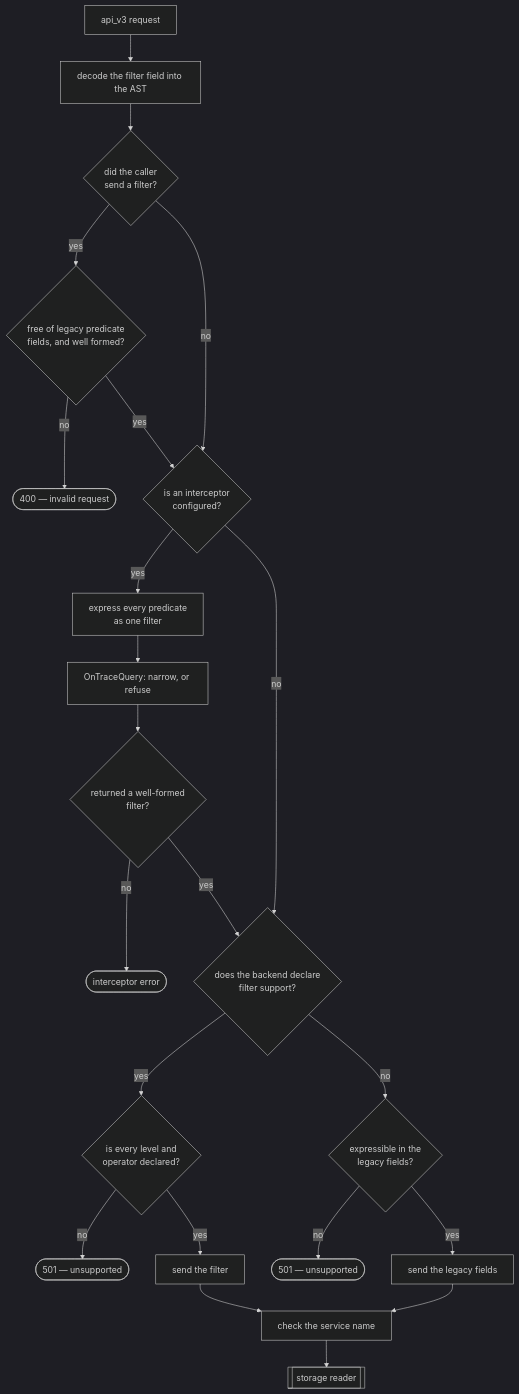
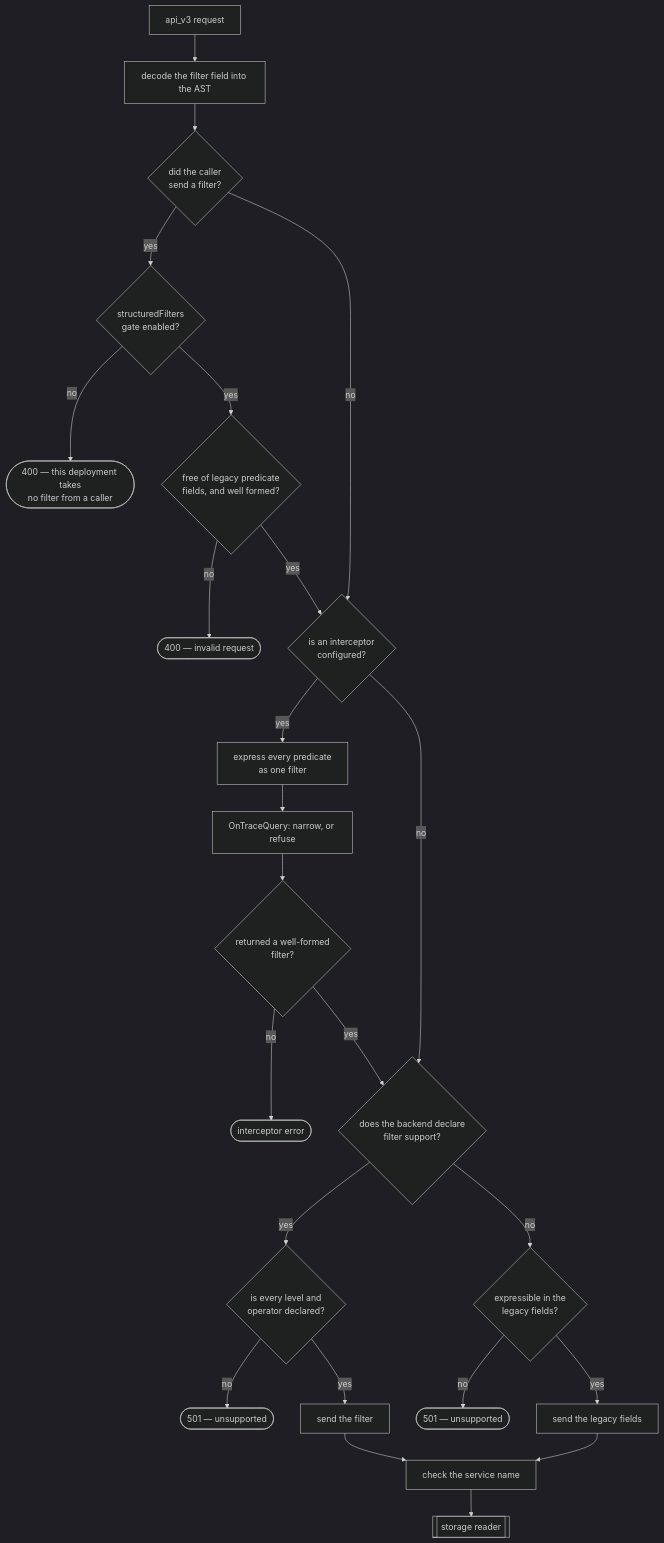
The diagram in docs/rfc/0005-structured-query-filters.md (jaegertracing/jaeger), drawn with Mermaid (dark theme) before and after one commit. The commit also changed other lines of this file and 1 other file, not shown here.

````diff
--- a/docs/rfc/0005-structured-query-filters.md
+++ b/docs/rfc/0005-structured-query-filters.md
@@ -558,31 +560,33 @@
 ```mermaid
 flowchart TB
     req["api_v3 request"] --> decode["decode the filter field into the AST"]
     decode --> hasFilter{"did the caller<br/>send a filter?"}
 
-    hasFilter -->|yes| checks{"free of legacy predicate<br/>fields, and well formed?"}
+    hasFilter -->|yes| gate{"structuredFilters<br/>gate enabled?"}
+    gate -->|no| refuseGate(["400 — this deployment takes<br/>no filter from a caller"])
+    gate -->|yes| checks{"free of legacy predicate<br/>fields, and well formed?"}
     checks -->|no| refuseBad(["400 — invalid request"])
 
     hasFilter -->|no| ic{"is an interceptor<br/>configured?"}
     checks -->|yes| ic
 
     ic -->|yes| toFilter["express every predicate<br/>as one filter"]
     toFilter --> onQuery["OnTraceQuery: narrow, or refuse"]
     onQuery --> icOK{"returned a well-formed<br/>filter?"}
     icOK -->|no| refuseIc(["interceptor error"])
 
     ic -->|no| declares{"does the backend declare<br/>filter support?"}
     icOK -->|yes| declares
 
     declares -->|yes| supported{"is every level and<br/>operator declared?"}
     supported -->|no| refuseCap(["501 — unsupported"])
     supported -->|yes| sendFilter["send the filter"]
 
     declares -->|no| lower{"expressible in the<br/>legacy fields?"}
     lower -->|no| refuseLower(["501 — unsupported"])
     lower -->|yes| sendLegacy["send the legacy fields"]
 
     sendFilter --> svcName["check the service name"]
     sendLegacy --> svcName
     svcName --> storage[["storage reader"]]
 ```
````
